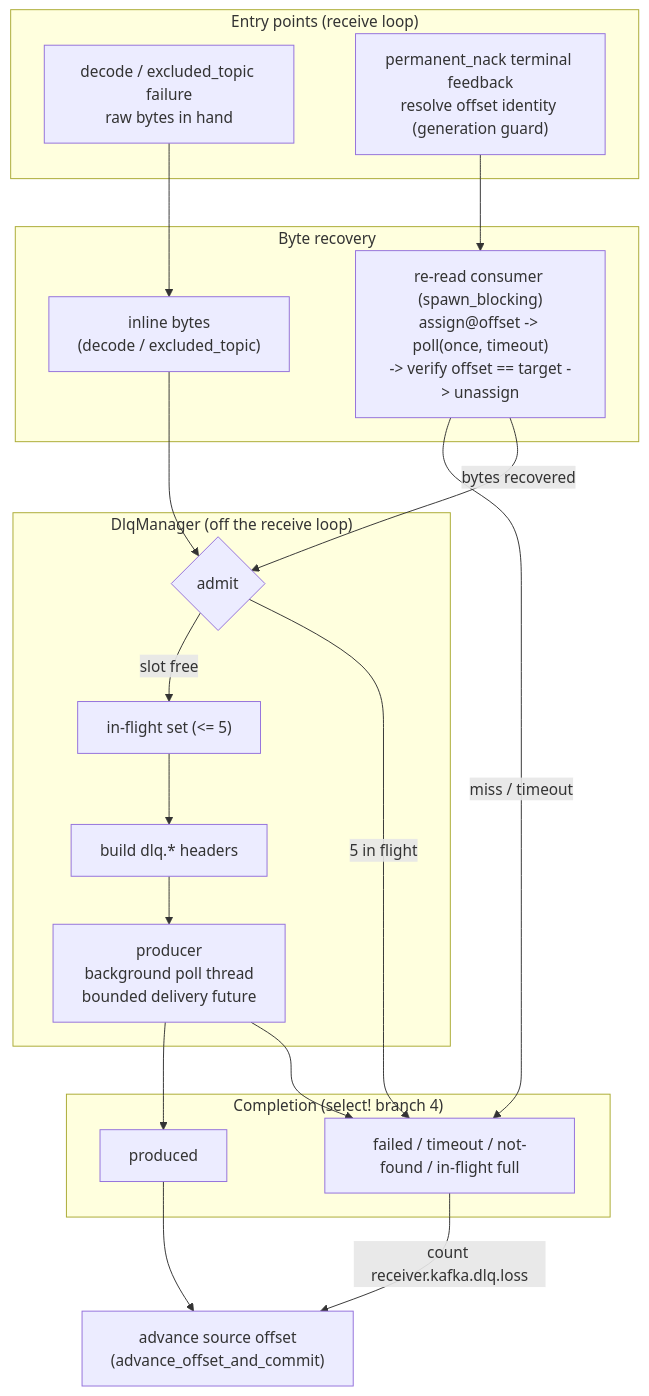
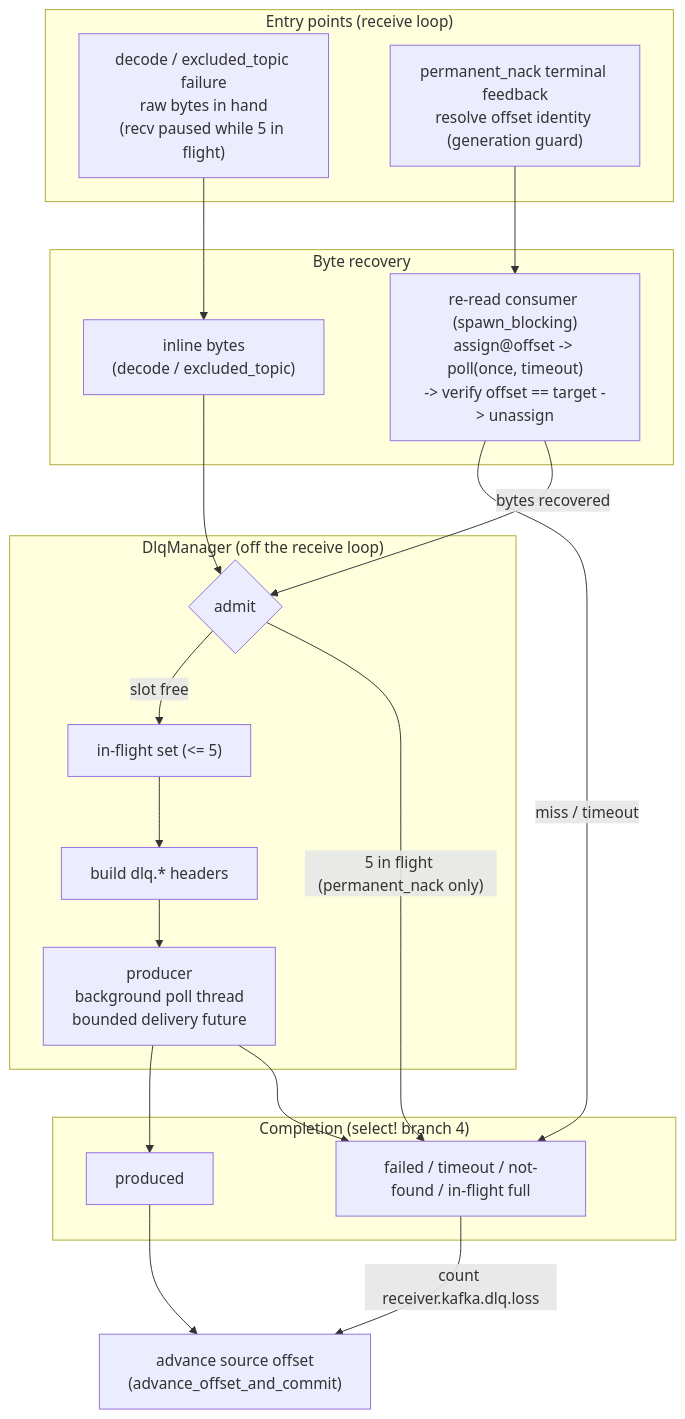
Before and after one commit to open-telemetry/otel-arrow: the sixth of 7 diagrams in rust/otap-dataflow/crates/contrib-nodes/src/receivers/kafka_receiver/ARCHITECTURE.md, drawn with Mermaid. The commit also changed other lines of this file and 3 other files, not shown here.

````diff
--- a/rust/otap-dataflow/crates/contrib-nodes/src/receivers/kafka_receiver/ARCHITECTURE.md
+++ b/rust/otap-dataflow/crates/contrib-nodes/src/receivers/kafka_receiver/ARCHITECTURE.md
@@ -372,39 +372,39 @@
 ```mermaid
 flowchart TD
     subgraph ENTRY["Entry points (receive loop)"]
-        DEC["decode / excluded_topic failure<br/>raw bytes in hand"]
+        DEC["decode / excluded_topic failure<br/>raw bytes in hand<br/>(recv paused while 5 in flight)"]
         PNK["permanent_nack terminal feedback<br/>resolve offset identity (generation guard)"]
     end
 
     subgraph RECOVER["Byte recovery"]
         INLINE["inline bytes<br/>(decode / excluded_topic)"]
         RR["re-read consumer (spawn_blocking)<br/>assign@offset -> poll(once, timeout)<br/>-> verify offset == target -> unassign"]
     end
 
     subgraph MGR["DlqManager (off the receive loop)"]
         ADMIT{"admit"}
         INFLT["in-flight set (&lt;= 5)"]
         HDR["build dlq.* headers"]
         PROD["producer<br/>background poll thread<br/>bounded delivery future"]
     end
 
     subgraph DONE["Completion (select! branch 4)"]
         OK["produced"]
         LOSS["failed / timeout / not-found / in-flight full"]
     end
 
     ADVANCE["advance source offset<br/>(advance_offset_and_commit)"]
 
     DEC --> INLINE
     PNK --> RR
     RR -->|"miss / timeout"| LOSS
     INLINE --> ADMIT
     RR -->|"bytes recovered"| ADMIT
     ADMIT -->|"slot free"| INFLT
-    ADMIT -->|"5 in flight"| LOSS
+    ADMIT -->|"5 in flight (permanent_nack only)"| LOSS
     INFLT --> HDR --> PROD
     PROD --> OK
     PROD --> LOSS
     OK --> ADVANCE
     LOSS -->|"count receiver.kafka.dlq.loss"| ADVANCE
 ```
````
